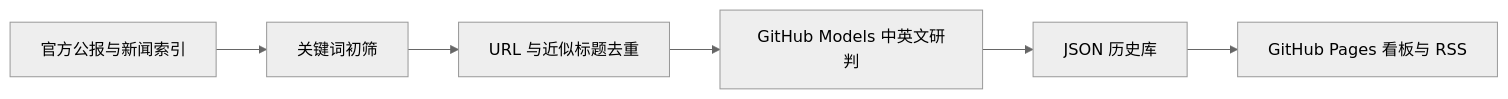
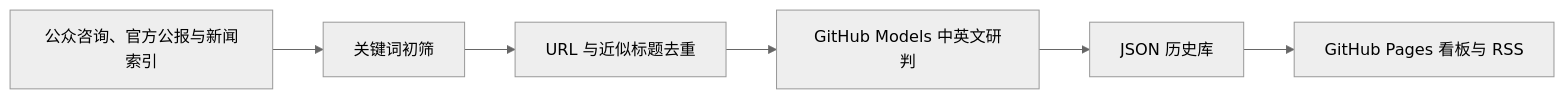
One commit to Davidzhu511/china-steel-policy-watch changed the diagram in README.md. Above: the diagram before and after it, drawn with Mermaid (neutral theme). The commit also changed other lines of this file and 12 other files, not shown here.

````diff
--- a/README.md
+++ b/README.md
@@ -64,8 +67,8 @@
 ```mermaid
 flowchart LR
-  A[官方公报与新闻索引] --> B[关键词初筛]
+  A[公众咨询、官方公报与新闻索引] --> B[关键词初筛]
   B --> C[URL 与近似标题去重]
   C --> D[GitHub Models 中英文研判]
   D --> E[JSON 历史库]
   E --> F[GitHub Pages 看板与 RSS]
 ```
````
